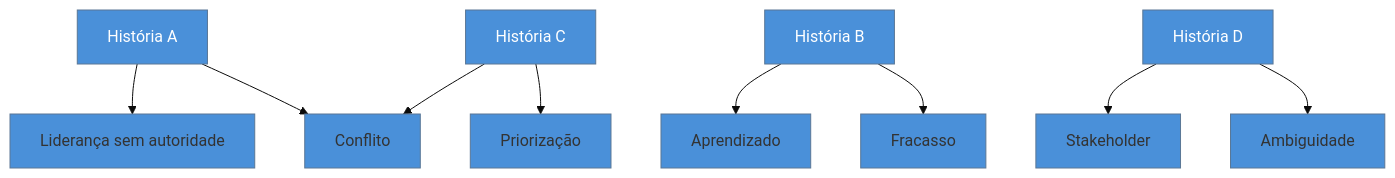
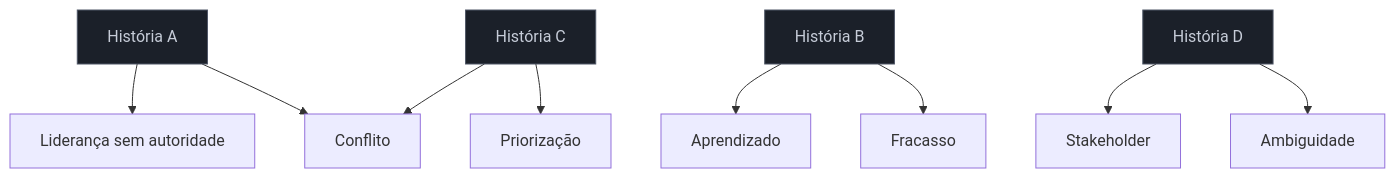
One commit to josenaldo/codex-technomanticus changed the diagram in 03-Dominios/Carreira/Entrevistas/10 - O banco de histórias.md. Above: the diagram before and after it, drawn with Mermaid. The commit also changed 1181 other files, not shown here.

First line of the commit message:
fix(diagramas): paleta do sistema no lugar de cor cravada no markdown

````diff
--- a/03-Dominios/Carreira/Entrevistas/10 - O banco de histórias.md
+++ b/03-Dominios/Carreira/Entrevistas/10 - O banco de histórias.md
@@ -58,17 +58,17 @@
 ```mermaid
-%%{init: {"theme": "base", "themeVariables": {"primaryColor": "#4A90D9"}}}%%
 graph TD
+    classDef neutro fill:#1B2029,stroke:#4E5666,color:#C6CCD8
     H1["História A"] --> F1["Conflito"]
     H1 --> F2["Liderança sem autoridade"]
     H2["História B"] --> F3["Fracasso"]
     H2 --> F4["Aprendizado"]
     H3["História C"] --> F5["Priorização"]
     H3 --> F1
     H4["História D"] --> F6["Ambiguidade"]
     H4 --> F7["Stakeholder"]
 
-    style H1 fill:#4A90D9,color:#fff
-    style H2 fill:#4A90D9,color:#fff
-    style H3 fill:#4A90D9,color:#fff
-    style H4 fill:#4A90D9,color:#fff
+    class H1 neutro
+    class H2 neutro
+    class H3 neutro
+    class H4 neutro
 ```
````
